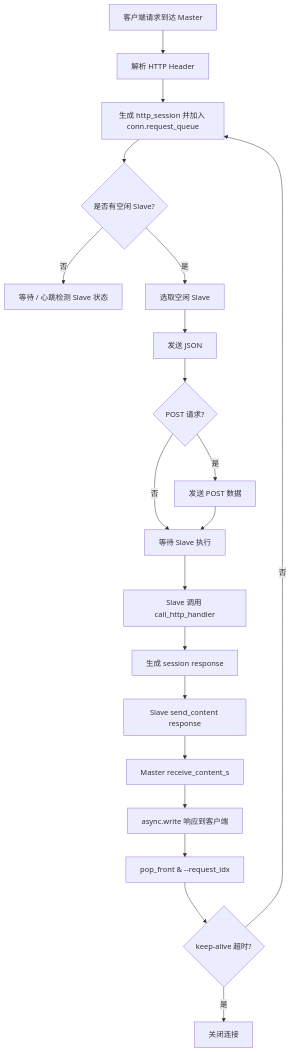
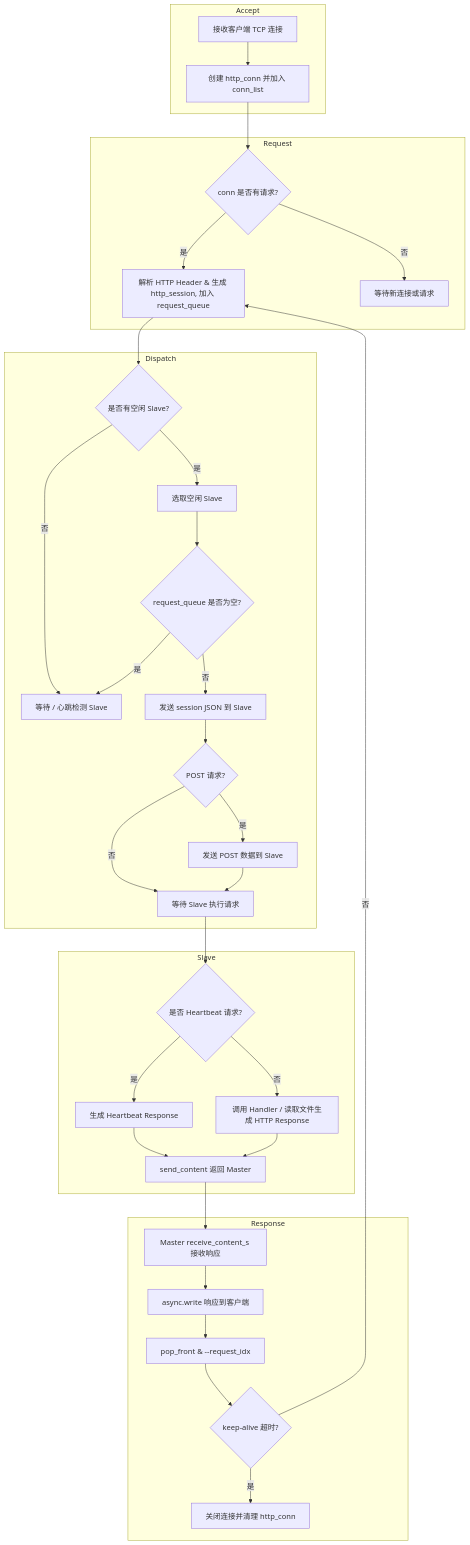
The second of 2 diagrams in Protocol.md (covscript/covscript-network), drawn with Mermaid before and after one commit. The commit also changed other lines of this file, not shown here.

````diff
--- a/Protocol.md
+++ b/Protocol.md
@@ -378,22 +383,47 @@
 ```mermaid
 flowchart TD
-    A[客户端请求到达 Master] --> B[解析 HTTP Header]
-    B --> C[生成 http_session 并加入 conn.request_queue]
-    C --> D{是否有空闲 Slave?}
-    D -- 否 --> D1[等待 / 心跳检测 Slave 状态]
-    D -- 是 --> E[选取空闲 Slave]
-    E --> F[发送 JSON]
-    F --> G{POST 请求?}
-    G -- 是 --> H[发送 POST 数据]
-    G -- 否 --> I[等待 Slave 执行]
-    H --> I
-    I --> J[Slave 调用 call_http_handler]
-    J --> K[生成 session response]
-    K --> L[Slave send_content response]
-    L --> M[Master receive_content_s]
-    M --> N[async.write 响应到客户端]
-    N --> O[pop_front & --request_idx]
-    O --> P{keep-alive 超时?}
-    P -- 否 --> C
-    P -- 是 --> Q[关闭连接]
+    %% Master Accept Worker
+    subgraph Accept
+        A[接收客户端 TCP 连接] --> B[创建 http_conn 并加入 conn_list]
+    end
+
+    %% Master Request Worker
+    subgraph Request
+        B --> C{conn 是否有请求?}
+        C -- 是 --> D[解析 HTTP Header & 生成 http_session, 加入 request_queue]
+        C -- 否 --> B1[等待新连接或请求]
+    end
+
+    %% Master Dispatch Worker
+    subgraph Dispatch
+        D --> E{是否有空闲 Slave?}
+        E -- 否 --> E1[等待 / 心跳检测 Slave]
+        E -- 是 --> F[选取空闲 Slave]
+        F --> G{request_queue 是否为空?}
+        G -- 否 --> H[发送 session JSON 到 Slave]
+        H --> I{POST 请求?}
+        I -- 是 --> I1[发送 POST 数据到 Slave]
+        I -- 否 --> J[等待 Slave 执行请求]
+        G -- 是 --> E1
+        I1 --> J
+    end
+
+    %% Slave Worker
+    subgraph Slave
+        J --> K{是否 Heartbeat 请求?}
+        K -- 是 --> K1[生成 Heartbeat Response]
+        K -- 否 --> K2[调用 Handler / 读取文件生成 HTTP Response]
+        K1 --> L[send_content 返回 Master]
+        K2 --> L
+    end
+
+    %% Master Response Worker
+    subgraph Response
+        L --> M[Master receive_content_s 接收响应]
+        M --> N[async.write 响应到客户端]
+        N --> O[pop_front & --request_idx]
+        O --> P{keep-alive 超时?}
+        P -- 否 --> D
+        P -- 是 --> Q[关闭连接并清理 http_conn]
+    end
 ```
````
